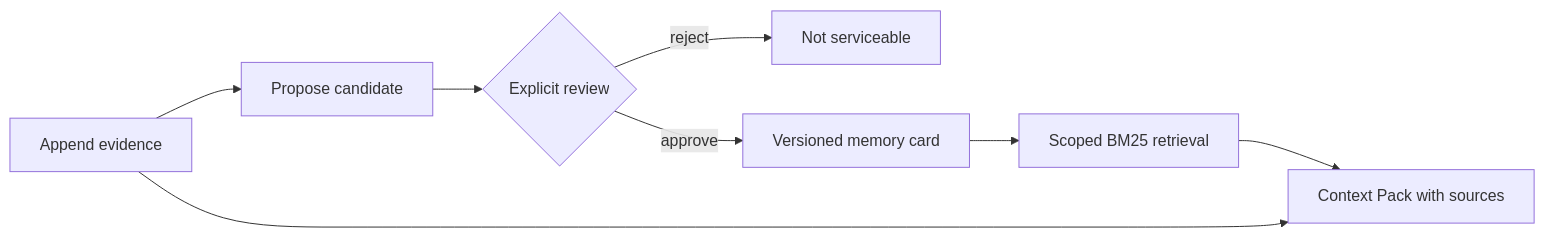
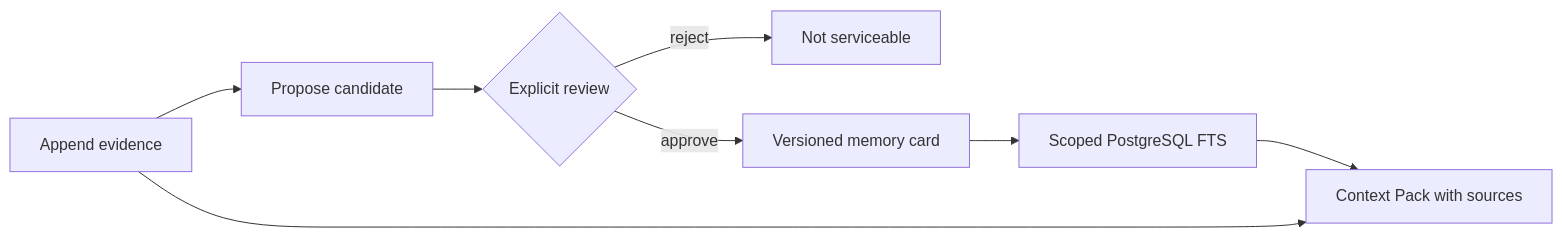
The diagram in README.md (ksana-ai/agent-memory-system), drawn with Mermaid before and after one commit. The commit also changed other lines of this file and 21 other files, not shown here.

Commit message:
feat: add PostgreSQL full-text retrieval

````diff
--- a/README.md
+++ b/README.md
@@ -11,10 +11,10 @@
 ```mermaid
 flowchart LR
     E[Append evidence] --> C[Propose candidate]
     C --> R{Explicit review}
     R -->|reject| X[Not serviceable]
     R -->|approve| M[Versioned memory card]
-    M --> S[Scoped BM25 retrieval]
+    M --> S[Scoped PostgreSQL FTS]
     E --> P[Context Pack with sources]
     S --> P
 ```
````
